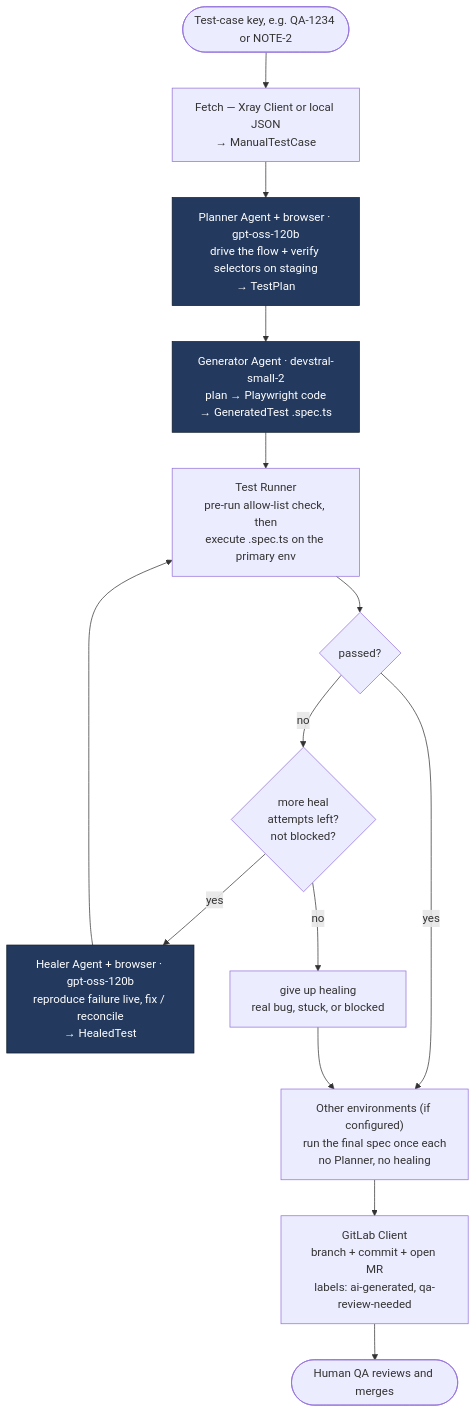
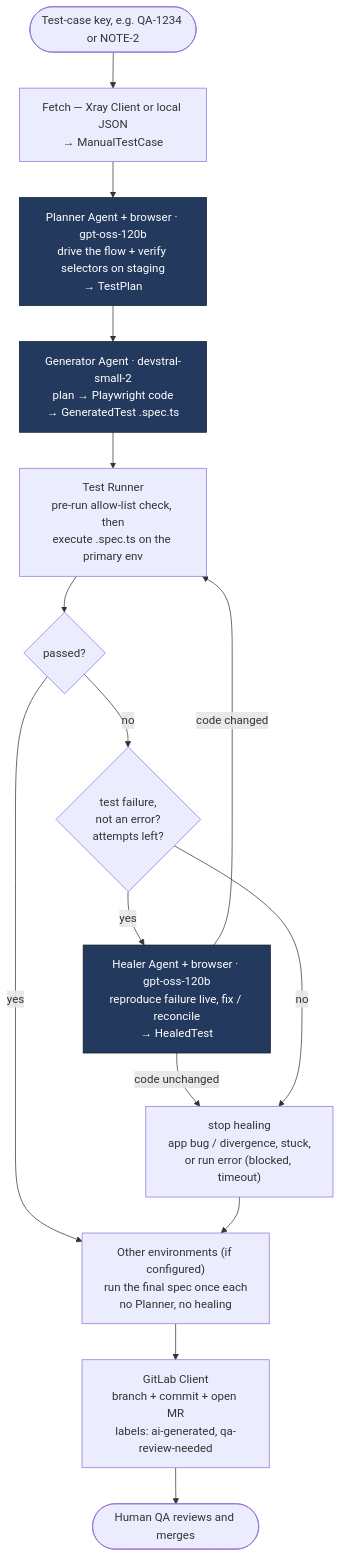
The first of 4 diagrams in docs/WORKFLOW.md (jpucic00/agentic-test-automation), drawn with Mermaid before and after one commit. The commit also changed other lines of this file and 18 other files, not shown here.

````diff
--- a/docs/WORKFLOW.md
+++ b/docs/WORKFLOW.md
@@ -10,22 +10,23 @@
 ```mermaid
 flowchart TD
     START([Test-case key, e.g. QA-1234 or NOTE-2]) --> FETCH
 
     FETCH["Fetch — Xray Client or local JSON<br/>→ ManualTestCase"] --> PLAN
     PLAN["Planner Agent + browser · gpt-oss-120b<br/>drive the flow + verify selectors on staging<br/>→ TestPlan"] --> GEN
     GEN["Generator Agent · devstral-small-2<br/>plan → Playwright code<br/>→ GeneratedTest .spec.ts"] --> RUN
 
     RUN["Test Runner<br/>pre-run allow-list check, then<br/>execute .spec.ts on the primary env"] --> Q1{passed?}
     Q1 -- yes --> ENVS
-    Q1 -- no --> Q2{more heal<br/>attempts left?<br/>not blocked?}
+    Q1 -- no --> Q2{test failure,<br/>not an error?<br/>attempts left?}
     Q2 -- yes --> HEAL["Healer Agent + browser · gpt-oss-120b<br/>reproduce failure live, fix / reconcile<br/>→ HealedTest"]
-    HEAL --> RUN
-    Q2 -- no --> FLAG["give up healing<br/>real bug, stuck, or blocked"]
+    HEAL -- code changed --> RUN
+    HEAL -- code unchanged --> FLAG
+    Q2 -- no --> FLAG["stop healing<br/>app bug / divergence, stuck,<br/>or run error (blocked, timeout)"]
     FLAG --> ENVS
     ENVS["Other environments (if configured)<br/>run the final spec once each<br/>no Planner, no healing"] --> MR
 
     MR["GitLab Client<br/>branch + commit + open MR<br/>labels: ai-generated, qa-review-needed"] --> REVIEW([Human QA reviews and merges])
 
     classDef agent fill:#23395d,color:#fff,stroke:#0d1b2a;
     class PLAN,GEN,HEAL agent;
 ```
````
